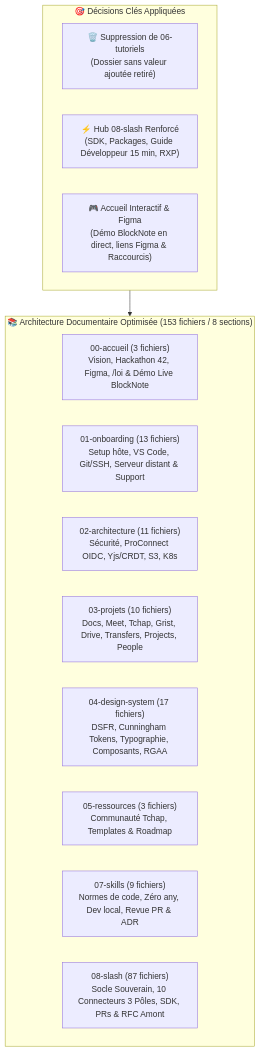
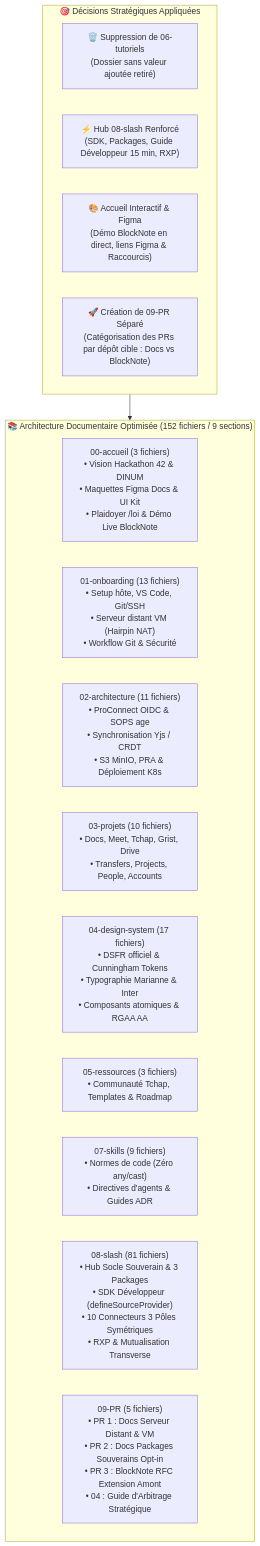
The first of 2 diagrams in AUDIT_DOCS.md (waxland/dinum-setup), drawn with Mermaid before and after one commit. The commit also changed other lines of this file and 17 other files, not shown here.

````diff
--- a/AUDIT_DOCS.md
+++ b/AUDIT_DOCS.md
@@ -15,21 +16,23 @@
 ```mermaid
 flowchart TD
-    subgraph StructureActuelle["📚 Architecture Documentaire Optimisée (153 fichiers / 8 sections)"]
-        S0["00-accueil (3 fichiers)<br/>Vision, Hackathon 42, Figma, /loi & Démo Live BlockNote"]
-        S1["01-onboarding (13 fichiers)<br/>Setup hôte, VS Code, Git/SSH, Serveur distant & Support"]
-        S2["02-architecture (11 fichiers)<br/>Sécurité, ProConnect OIDC, Yjs/CRDT, S3, K8s"]
-        S3["03-projets (10 fichiers)<br/>Docs, Meet, Tchap, Grist, Drive, Transfers, Projects, People"]
-        S4["04-design-system (17 fichiers)<br/>DSFR, Cunningham Tokens, Typographie, Composants, RGAA"]
-        S5["05-ressources (3 fichiers)<br/>Communauté Tchap, Templates & Roadmap"]
-        S7["07-skills (9 fichiers)<br/>Normes de code, Zéro any, Dev local, Revue PR & ADR"]
-        S8["08-slash (87 fichiers)<br/>Socle Souverain, 10 Connecteurs 3 Pôles, SDK, PRs & RFC Amont"]
+    subgraph StructureActuelle["📚 Architecture Documentaire Optimisée (152 fichiers / 9 sections)"]
+        S0["00-accueil (3 fichiers)<br/>• Vision Hackathon 42 & DINUM<br/>• Maquettes Figma Docs & UI Kit<br/>• Plaidoyer /loi & Démo Live BlockNote"]
+        S1["01-onboarding (13 fichiers)<br/>• Setup hôte, VS Code, Git/SSH<br/>• Serveur distant VM (Hairpin NAT)<br/>• Workflow Git & Sécurité"]
+        S2["02-architecture (11 fichiers)<br/>• ProConnect OIDC & SOPS age<br/>• Synchronisation Yjs / CRDT<br/>• S3 MinIO, PRA & Déploiement K8s"]
+        S3["03-projets (10 fichiers)<br/>• Docs, Meet, Tchap, Grist, Drive<br/>• Transfers, Projects, People, Accounts"]
+        S4["04-design-system (17 fichiers)<br/>• DSFR officiel & Cunningham Tokens<br/>• Typographie Marianne & Inter<br/>• Composants atomiques & RGAA AA"]
+        S5["05-ressources (3 fichiers)<br/>• Communauté Tchap, Templates & Roadmap"]
+        S7["07-skills (9 fichiers)<br/>• Normes de code (Zéro any/cast)<br/>• Directives d'agents & Guides ADR"]
+        S8["08-slash (81 fichiers)<br/>• Hub Socle Souverain & 3 Packages<br/>• SDK Développeur (defineSourceProvider)<br/>• 10 Connecteurs 3 Pôles Symétriques<br/>• RXP & Mutualisation Transverse"]
+        S9["09-PR (5 fichiers)<br/>• PR 1 : Docs Serveur Distant & VM<br/>• PR 2 : Docs Packages Souverains Opt-in<br/>• PR 3 : BlockNote RFC Extension Amont<br/>• 04 : Guide d'Arbitrage Stratégique"]
     end
 
-    subgraph Arbitrages["🎯 Décisions Clés Appliquées"]
+    subgraph Arbitrages["🎯 Décisions Stratégiques Appliquées"]
         D1["🗑️ Suppression de 06-tutoriels<br/>(Dossier sans valeur ajoutée retiré)"]
         D2["⚡ Hub 08-slash Renforcé<br/>(SDK, Packages, Guide Développeur 15 min, RXP)"]
-        D3["🎮 Accueil Interactif & Figma<br/>(Démo BlockNote en direct, liens Figma & Raccourcis)"]
+        D3["🎨 Accueil Interactif & Figma<br/>(Démo BlockNote en direct, liens Figma & Raccourcis)"]
+        D4["🚀 Création de 09-PR Séparé<br/>(Catégorisation des PRs par dépôt cible : Docs vs BlockNote)"]
     end
 
     Arbitrages --> StructureActuelle
 ```
````
